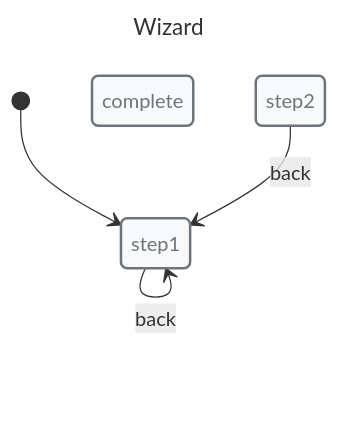
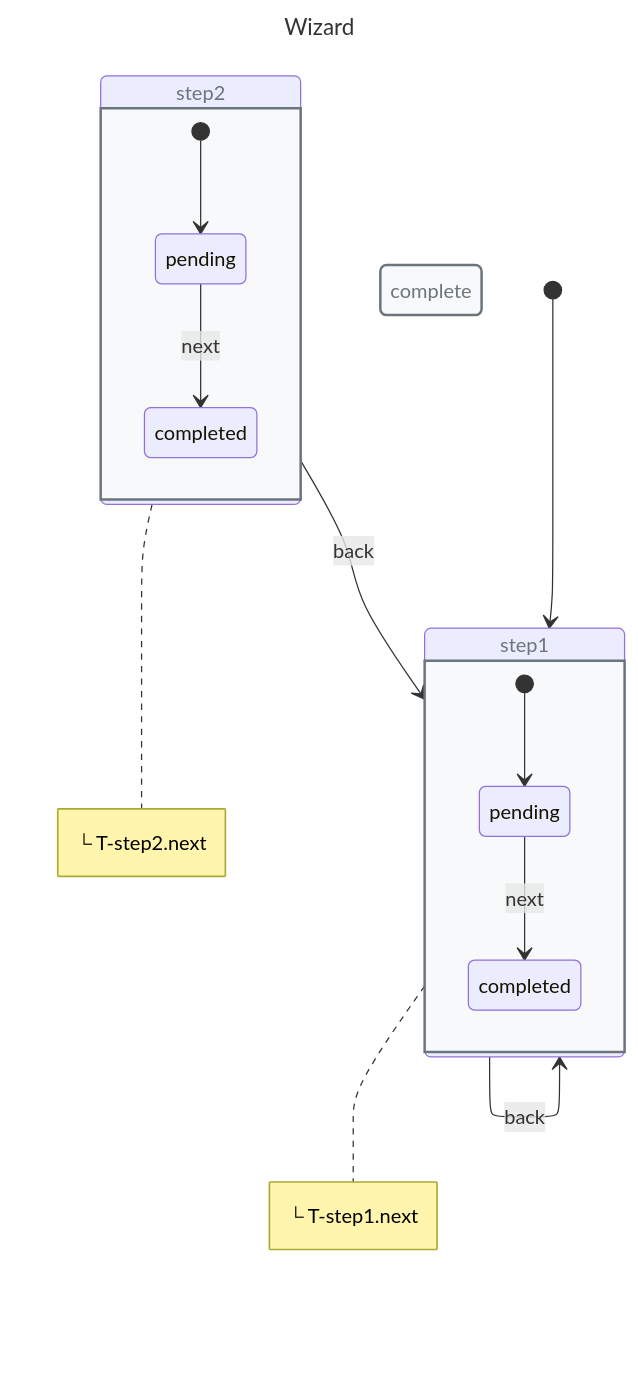
The fourth of 4 diagrams in docs/guides/nested-machines.md (Masquerade-Circus/x-robot), drawn with Mermaid before and after one commit. The commit also changed other lines of this file and 64 other files, not shown here.

First line of the commit message:
refactor(documentate): expand documentate diagram exports

````diff
--- a/docs/guides/nested-machines.md
+++ b/docs/guides/nested-machines.md
@@ -208,27 +242,50 @@
 ```mermaid
 ---
 title: Wizard
 ---
 
 stateDiagram-v2
 direction TB
 
 classDef danger fill:#f8d7da,stroke:#721c24,stroke-width:2px,text-align:left,color:#721c24
 classDef warning fill:#fff3cd,stroke:#856404,stroke-width:2px,text-align:left,color:#856404
 classDef success fill:#d4edda,stroke:#155724,stroke-width:2px,text-align:left,color:#155724
 classDef primary fill:#cce5ff,stroke:#004085,stroke-width:2px,text-align:left,color:#004085
 classDef info fill:#d1ecf1,stroke:#0c5460,stroke-width:2px,text-align:left,color:#0c5460
 classDef def fill:#f8f9fa,stroke:#6c757d,stroke-width:2px,text-align:left,color:#6c757d
 
 state "step1" as step1
 state "step2" as step2
 state "complete" as complete
 class step1 def
 class step2 def
 class complete def
 
+state step1 {
+  state "pending" as Step1Step1Pending
+  state "completed" as Step1Step1Completed
+
+
+  [*] --> Step1Step1Pending
+  Step1Step1Pending --> Step1Step1Completed: next
+}
+state step2 {
+  state "pending" as Step2Step2Pending
+  state "completed" as Step2Step2Completed
+
+
+  [*] --> Step2Step2Pending
+  Step2Step2Pending --> Step2Step2Completed: next
+}
+
+note right of step1
+  └ T-step1.next
+end note
+note right of step2
+  └ T-step2.next
+end note
 
 [*] --> step1
 step1 --> step1: back
 step2 --> step1: back
 ```
````
